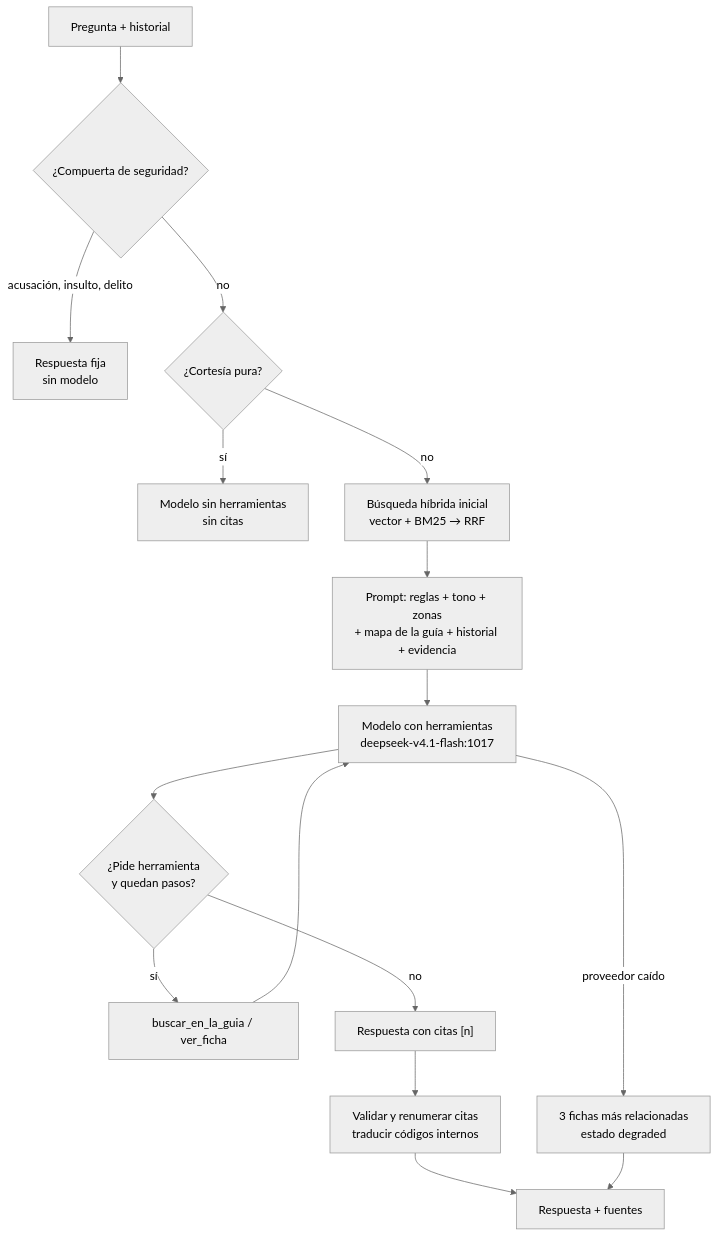
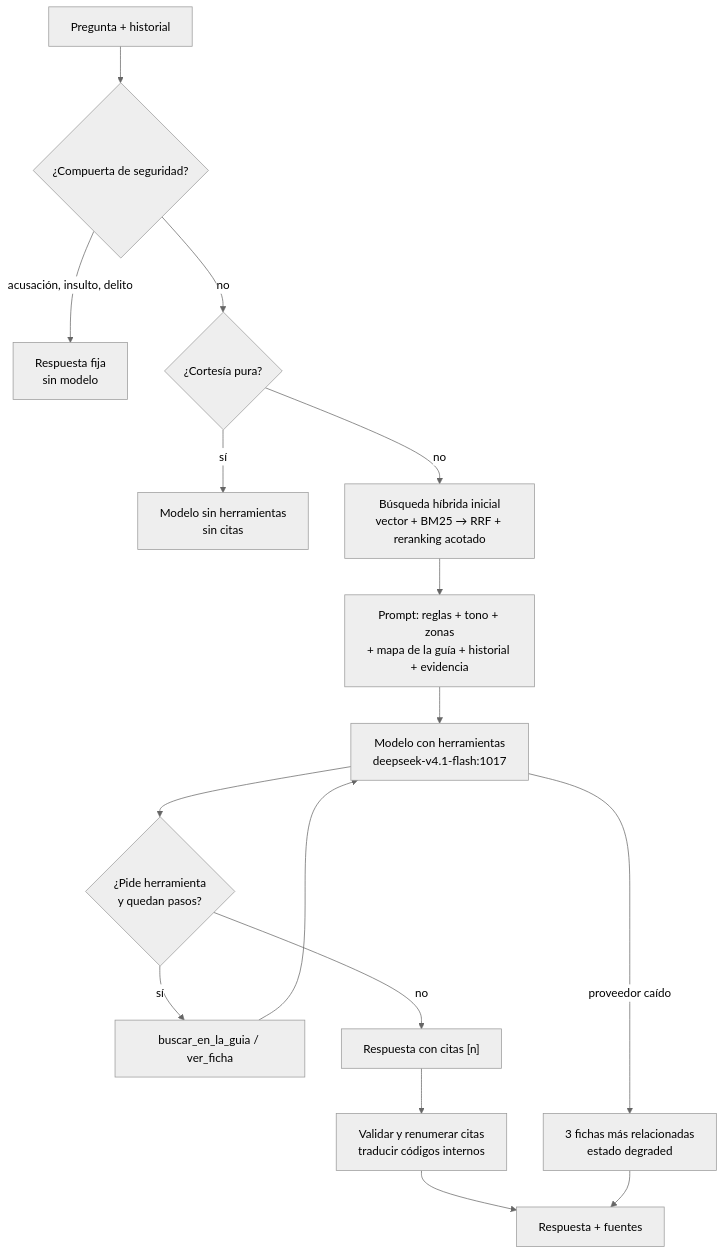
Before and after one commit to NebyX1/invest-lavalleja: the diagram in backend/docs/AGENT_DESIGN.md, drawn with Mermaid (neutral theme). The commit also changed other lines of this file and 61 other files, not shown here.

````diff
--- a/backend/docs/AGENT_DESIGN.md
+++ b/backend/docs/AGENT_DESIGN.md
@@ -15,18 +15,18 @@
 ```mermaid
 flowchart TD
     Q["Pregunta + historial"] --> GATE{"¿Compuerta de seguridad?"}
     GATE -->|"acusación, insulto, delito"| FIXED["Respuesta fija<br/>sin modelo"]
     GATE -->|"no"| SOCIAL{"¿Cortesía pura?"}
     SOCIAL -->|"sí"| CHAT["Modelo sin herramientas<br/>sin citas"]
-    SOCIAL -->|"no"| SEARCH["Búsqueda híbrida inicial<br/>vector + BM25 → RRF"]
+    SOCIAL -->|"no"| SEARCH["Búsqueda híbrida inicial<br/>vector + BM25 → RRF + reranking acotado"]
     SEARCH --> PROMPT["Prompt: reglas + tono + zonas<br/>+ mapa de la guía + historial + evidencia"]
     PROMPT --> MODEL["Modelo con herramientas<br/>deepseek-v4.1-flash:1017"]
     MODEL --> LOOP{"¿Pide herramienta<br/>y quedan pasos?"}
     LOOP -->|"sí"| TOOL["buscar_en_la_guia / ver_ficha"]
     TOOL --> MODEL
     LOOP -->|"no"| ANSWER["Respuesta con citas [n]"]
     ANSWER --> VALID["Validar y renumerar citas<br/>traducir códigos internos"]
     VALID --> OUT["Respuesta + fuentes"]
     MODEL -->|"proveedor caído"| DEGRADED["3 fichas más relacionadas<br/>estado degraded"]
     DEGRADED --> OUT
 ```
````
